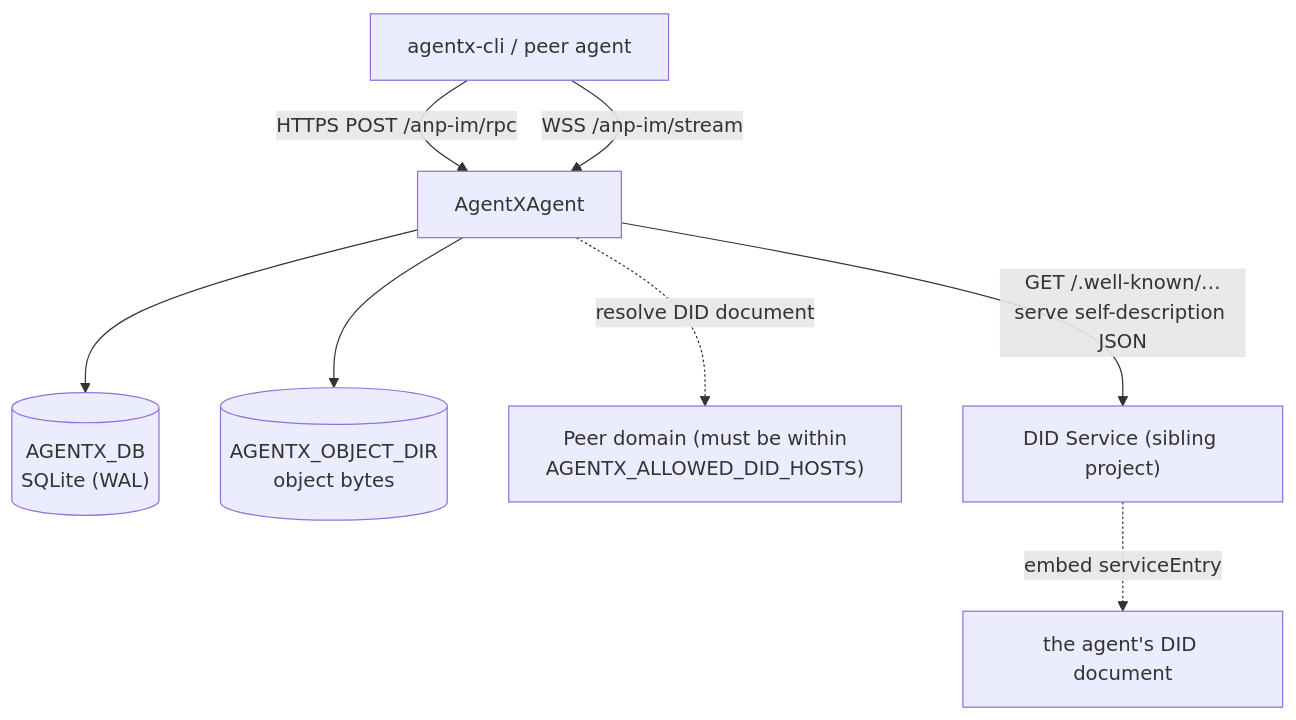
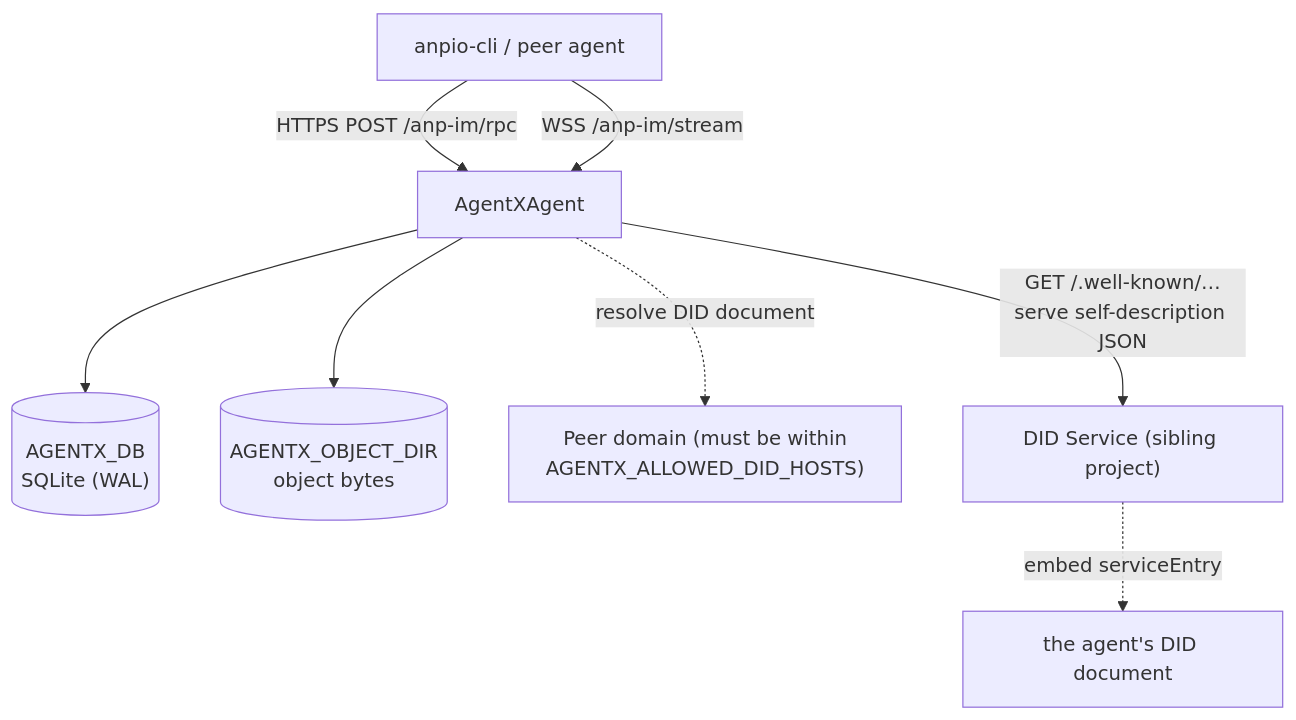
Before and after one commit to eccstartup/anpio-cli: the diagram in vercel/en/guide/deploy.md, drawn with Mermaid. The commit also changed 100 other files, not shown here.

First line of the commit message:
feat(cli): the client is anpio-cli, and it can adopt an anpio-key DID

````diff
--- a/vercel/en/guide/deploy.md
+++ b/vercel/en/guide/deploy.md
@@ -21,10 +21,10 @@
 ```mermaid
 graph TD
-  Client["agentx-cli / peer agent"] -->|"HTTPS POST /anp-im/rpc"| SVC["AgentXAgent"]
+  Client["anpio-cli / peer agent"] -->|"HTTPS POST /anp-im/rpc"| SVC["AgentXAgent"]
   Client -->|"WSS /anp-im/stream"| SVC
   SVC --> DB[("AGENTX_DB<br/>SQLite (WAL)")]
   SVC --> OBJ[("AGENTX_OBJECT_DIR<br/>object bytes")]
   SVC -. "resolve DID document" .-> DID["Peer domain (must be within<br/>AGENTX_ALLOWED_DID_HOSTS)"]
   DIDService["DID Service (sibling project)"] -. "embed serviceEntry" .-> DOC["the agent's DID document"]
   SVC -->|"GET /.well-known/…<br/>serve self-description JSON"| DIDService
 ```
````
